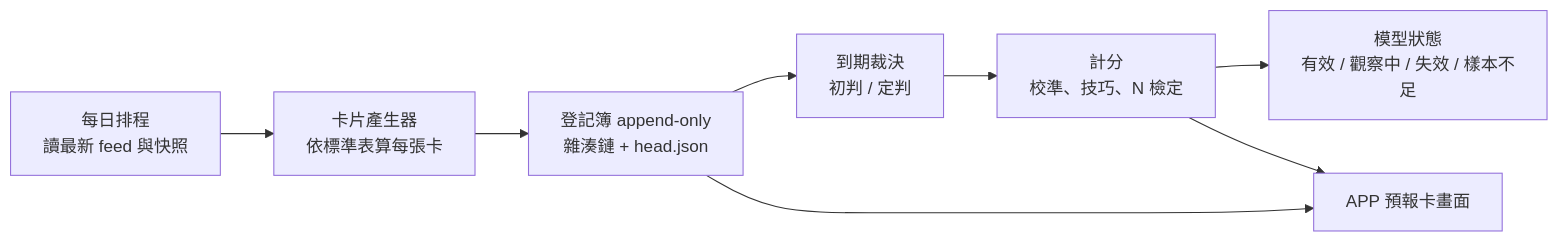
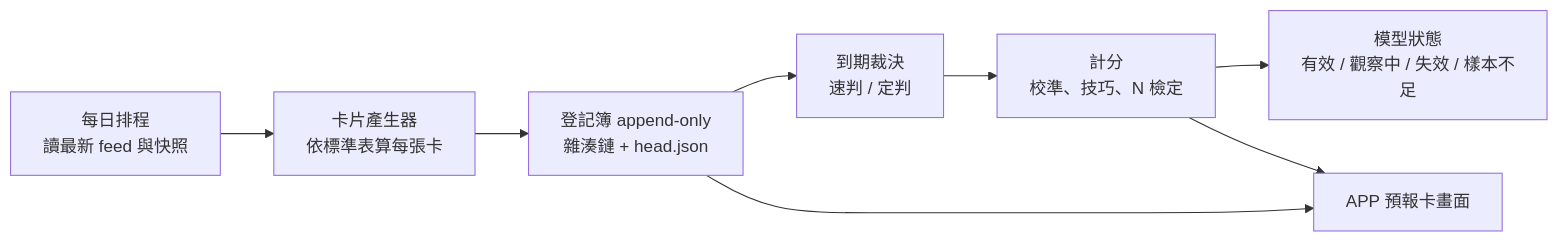
Before and after one commit to Azazelowo/earthquake-risk-project: the diagram in docs/phase2/forecast_card_spec.md, drawn with Mermaid. The commit also changed other lines of this file and 2 other files, not shown here.

````diff
--- a/docs/phase2/forecast_card_spec.md
+++ b/docs/phase2/forecast_card_spec.md
@@ -35,10 +35,10 @@
 ```mermaid
 flowchart LR
     A[每日排程<br/>讀最新 feed 與快照] --> B[卡片產生器<br/>依標準表算每張卡]
     B --> C[登記簿 append-only<br/>雜湊鏈 + head.json]
-    C --> D[到期裁決<br/>初判 / 定判]
+    C --> D[到期裁決<br/>速判 / 定判]
     D --> E[計分<br/>校準、技巧、N 檢定]
     E --> F[模型狀態<br/>有效 / 觀察中 / 失效 / 樣本不足]
     C --> G[APP 預報卡畫面]
     E --> G
 ```
````
